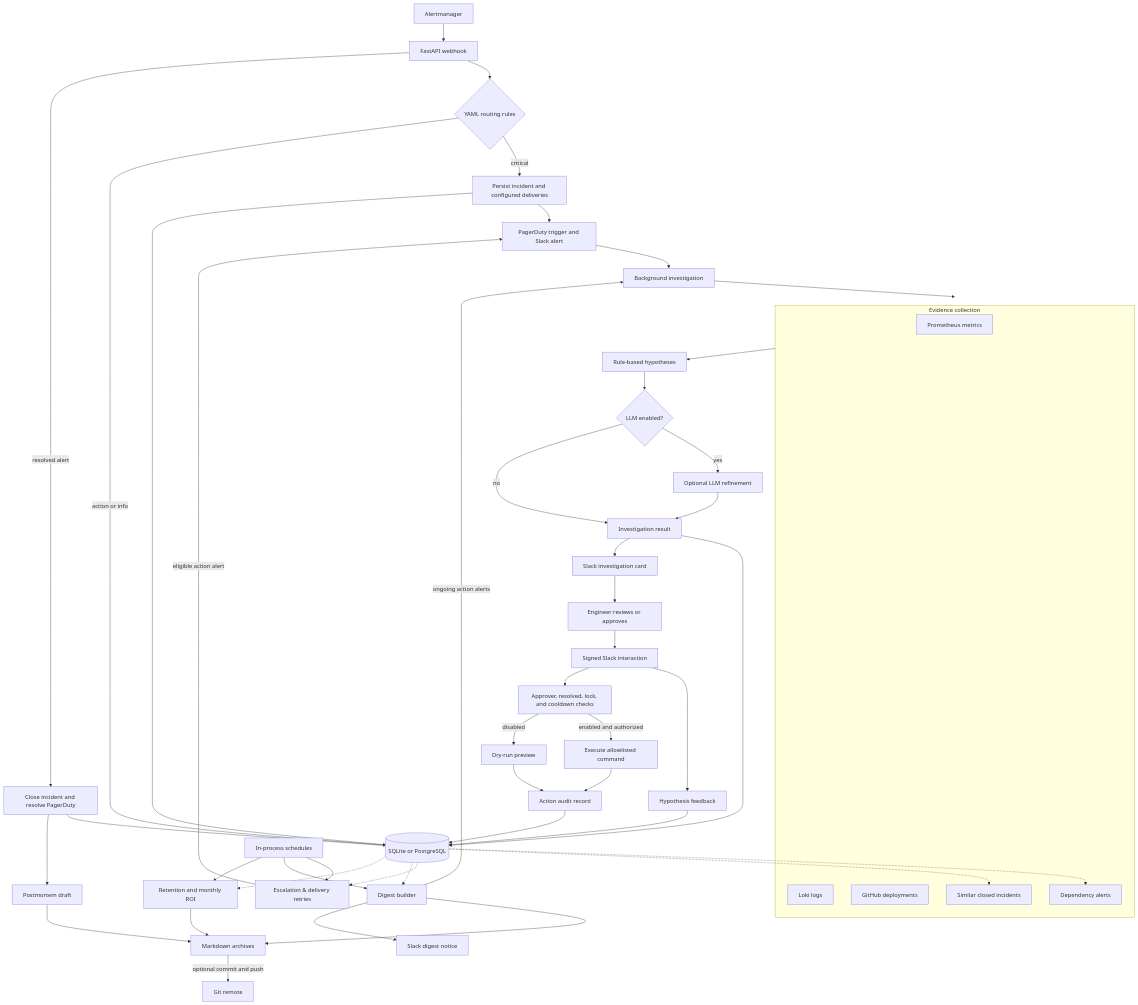
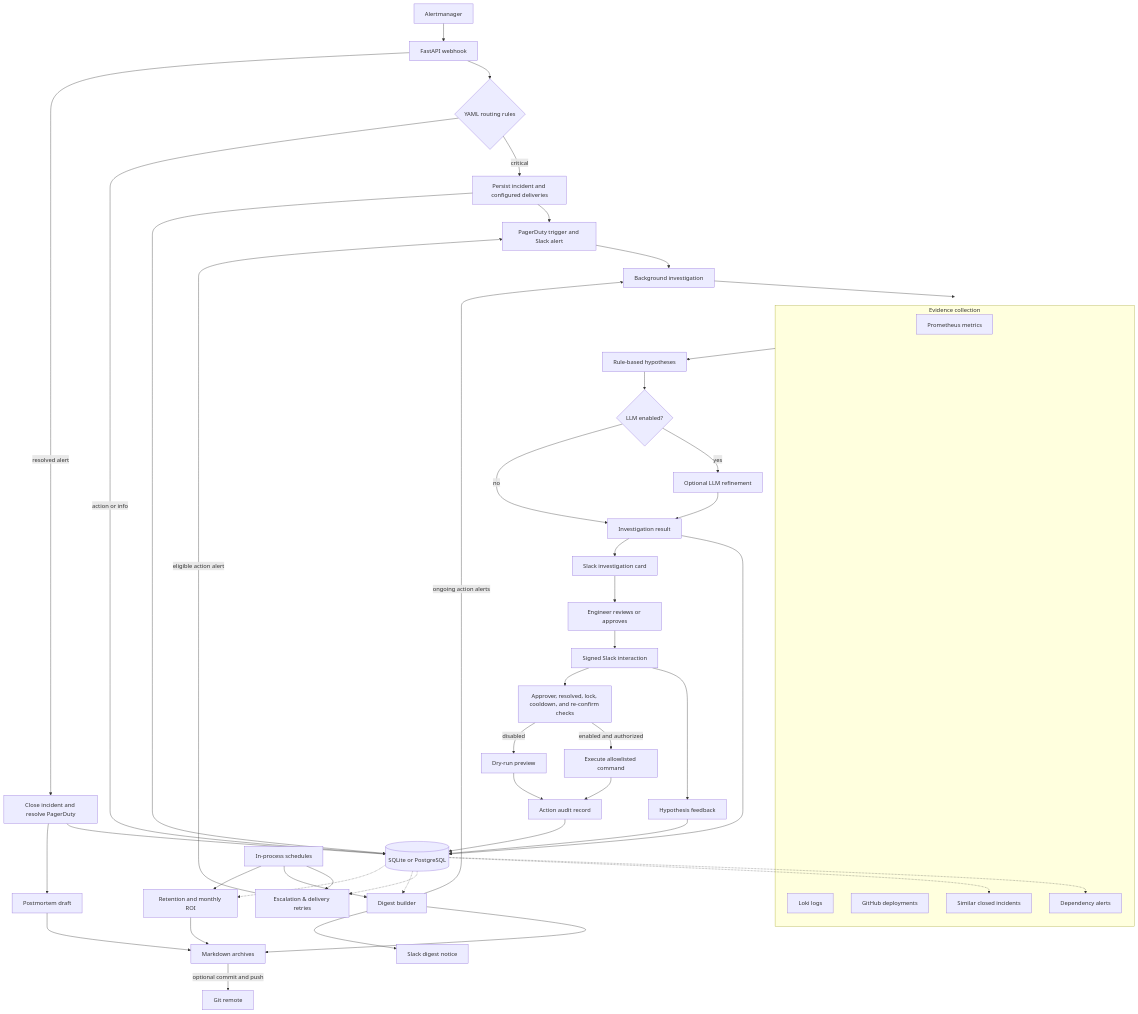
One commit to workwithcrow12-art/Incidentlens changed the diagram in README.md. Above: the diagram before and after it, drawn with Mermaid. The commit also changed other lines of this file and 24 other files, not shown here.

````diff
--- a/README.md
+++ b/README.md
@@ -9,57 +9,57 @@
 ```mermaid
 flowchart TD
     AM["Alertmanager"] --> API["FastAPI webhook"]
     API --> ROUTE{"YAML routing rules"}
     ROUTE -->|critical| OPEN["Persist incident and configured deliveries"]
     ROUTE -->|action or info| DB[("SQLite or PostgreSQL")]
     OPEN --> PAGE["PagerDuty trigger and Slack alert"]
     PAGE --> INV["Background investigation"]
     OPEN --> DB
 
     subgraph Evidence["Evidence collection"]
         PROM["Prometheus metrics"]
         LOKI["Loki logs"]
         GH["GitHub deployments"]
         DEP["Dependency alerts"]
         MEM["Similar closed incidents"]
     end
     INV --> Evidence
     DB -.-> DEP
     DB -.-> MEM
     Evidence --> RULES["Rule-based hypotheses"]
     RULES --> REFINE{"LLM enabled?"}
     REFINE -->|yes| LLM["Optional LLM refinement"]
     REFINE -->|no| RESULT["Investigation result"]
     LLM --> RESULT
     RESULT --> DB
     RESULT --> SLACK["Slack investigation card"]
 
     TIMER["In-process schedules"] --> ESC["Escalation & delivery retries"]
     DB -.-> ESC
     ESC -->|eligible action alert| PAGE
     TIMER --> DIGEST["Digest builder"]
     DB -.-> DIGEST
     DIGEST -->|ongoing action alerts| INV
     DIGEST --> FILES["Markdown archives"]
     DIGEST --> NOTICE["Slack digest notice"]
     TIMER --> MAINT["Retention and monthly ROI"]
     DB -.-> MAINT
     MAINT --> FILES
 
     API -->|resolved alert| CLOSE["Close incident and resolve PagerDuty"]
     CLOSE --> DB
     CLOSE --> POST["Postmortem draft"]
     POST --> FILES
     FILES -->|optional commit and push| GIT["Git remote"]
 
     SLACK --> HUMAN["Engineer reviews or approves"]
     HUMAN --> SIGNED["Signed Slack interaction"]
     SIGNED --> FEEDBACK["Hypothesis feedback"]
     FEEDBACK --> DB
-    SIGNED --> ACTION["Approver, resolved, lock, and cooldown checks"]
+    SIGNED --> ACTION["Approver, resolved, lock, cooldown, and re-confirm checks"]
     ACTION -->|enabled and authorized| CMD["Execute allowlisted command"]
     ACTION -->|disabled| DRY["Dry-run preview"]
     CMD --> AUDIT["Action audit record"]
     DRY --> AUDIT
     AUDIT --> DB
 ```
````
